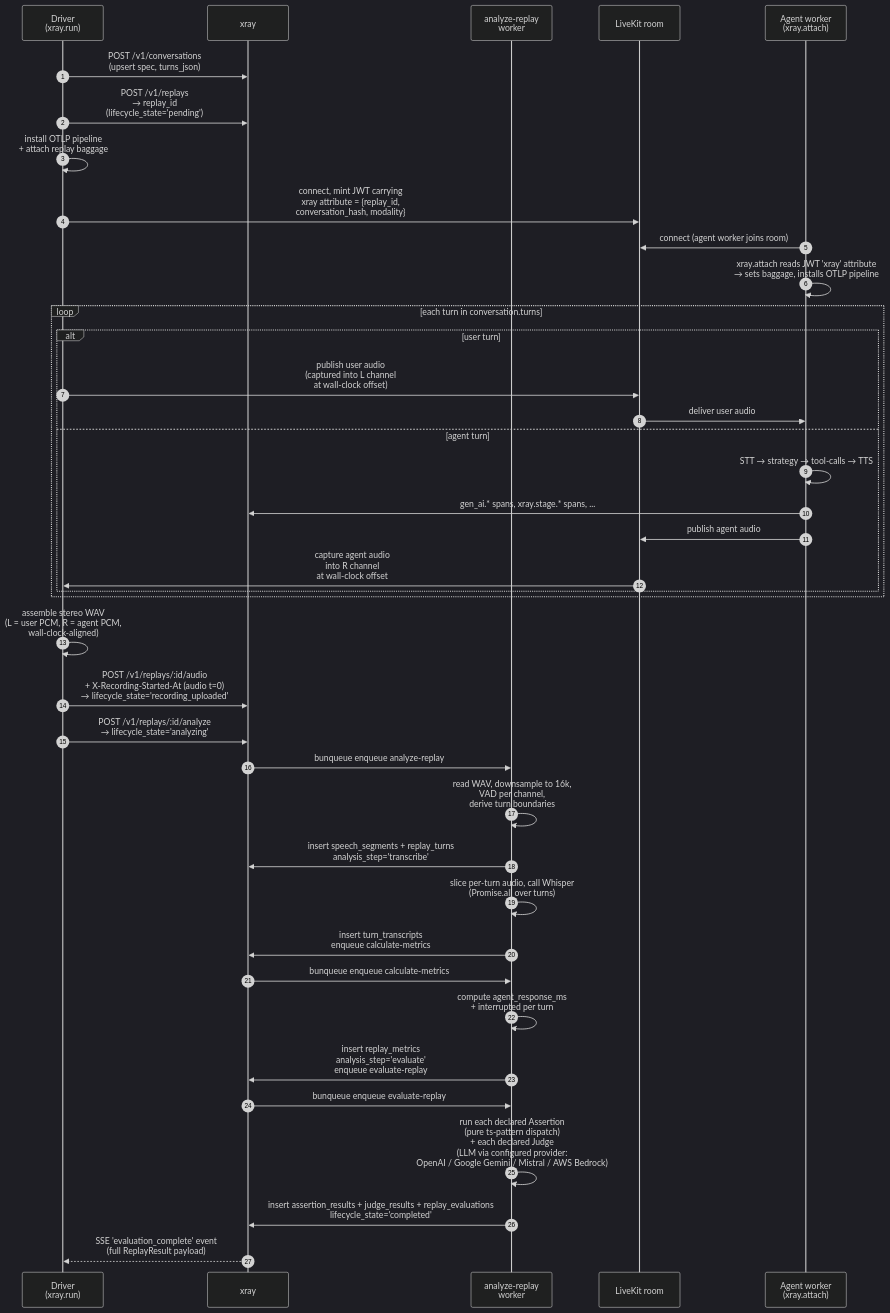
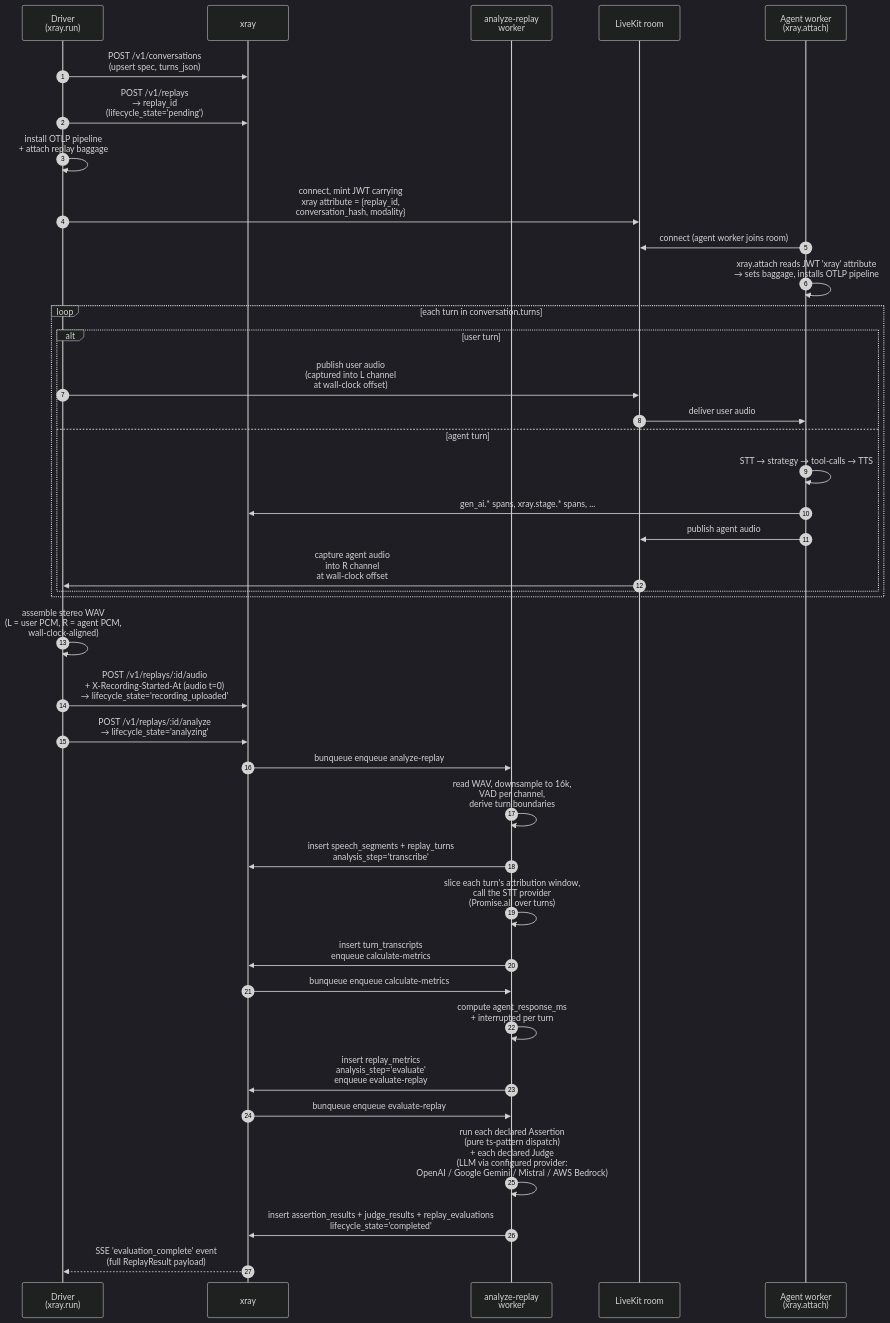
Before and after one commit to xray-eval/xray: the third of 5 diagrams in docs/architecture.md, drawn with Mermaid (dark theme). The commit also changed 9 other files, not shown here.

````diff
--- a/docs/architecture.md
+++ b/docs/architecture.md
@@ -284,44 +284,44 @@
 ```mermaid
 sequenceDiagram
     autonumber
     participant D as Driver<br/>(xray.run)
     participant X as xray
     participant W as analyze-replay<br/>worker
     participant LK as LiveKit room
     participant A as Agent worker<br/>(xray.attach)
 
     D->>X: POST /v1/conversations<br/>(upsert spec, turns_json)
     D->>X: POST /v1/replays<br/>→ replay_id<br/>(lifecycle_state='pending')
     D->>D: install OTLP pipeline<br/>+ attach replay baggage
     D->>LK: connect, mint JWT carrying<br/>xray attribute = {replay_id,<br/>conversation_hash, modality}
     A->>LK: connect (agent worker joins room)
     A->>A: xray.attach reads JWT 'xray' attribute<br/>→ sets baggage, installs OTLP pipeline
 
     loop each turn in conversation.turns
       alt user turn
         D->>LK: publish user audio<br/>(captured into L channel<br/>at wall-clock offset)
         LK->>A: deliver user audio
       else agent turn
         A->>A: STT → strategy → tool-calls → TTS
         A->>X: gen_ai.* spans, xray.stage.* spans, ...
         A->>LK: publish agent audio
         LK->>D: capture agent audio<br/>into R channel<br/>at wall-clock offset
       end
     end
 
     D->>D: assemble stereo WAV<br/>(L = user PCM, R = agent PCM,<br/>wall-clock-aligned)
     D->>X: POST /v1/replays/:id/audio<br/>+ X-Recording-Started-At (audio t=0)<br/>→ lifecycle_state='recording_uploaded'
     D->>X: POST /v1/replays/:id/analyze<br/>→ lifecycle_state='analyzing'
     X->>W: bunqueue enqueue analyze-replay
     W->>W: read WAV, downsample to 16k,<br/>VAD per channel,<br/>derive turn boundaries
     W->>X: insert speech_segments + replay_turns<br/>analysis_step='transcribe'
-    W->>W: slice per-turn audio, call Whisper<br/>(Promise.all over turns)
+    W->>W: slice each turn's attribution window,<br/>call the STT provider<br/>(Promise.all over turns)
     W->>X: insert turn_transcripts<br/>enqueue calculate-metrics
     X->>W: bunqueue enqueue calculate-metrics
     W->>W: compute agent_response_ms<br/>+ interrupted per turn
     W->>X: insert replay_metrics<br/>analysis_step='evaluate'<br/>enqueue evaluate-replay
     X->>W: bunqueue enqueue evaluate-replay
     W->>W: run each declared Assertion<br/>(pure ts-pattern dispatch)<br/>+ each declared Judge<br/>(LLM via configured provider:<br/>OpenAI / Google Gemini / Mistral / AWS Bedrock)
     W->>X: insert assertion_results + judge_results + replay_evaluations<br/>lifecycle_state='completed'
     X-->>D: SSE 'evaluation_complete' event<br/>(full ReplayResult payload)
 ```
````
